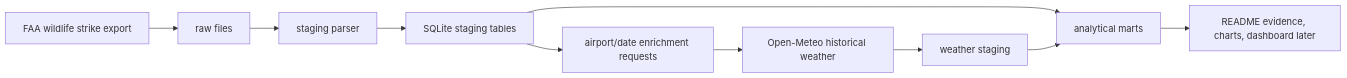
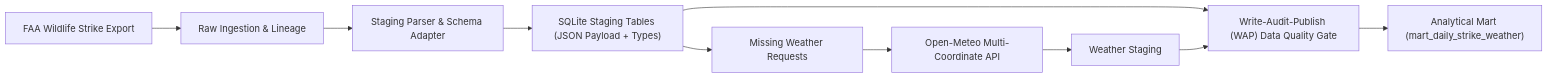
The diagram in docs/architecture.md (Asket-on/bird-strike-weather-pipeline), drawn with Mermaid before and after one commit. The commit also changed other lines of this file and 9 other files, not shown here.

Commit message:
docs: add posix bash quickstart, untrack portfolio notes, update architecture specs

````diff
--- a/docs/architecture.md
+++ b/docs/architecture.md
@@ -8,12 +5,12 @@
 ```mermaid
 flowchart LR
-    A["FAA wildlife strike export"] --> B["raw files"]
-    B --> C["staging parser"]
-    C --> D["SQLite staging tables"]
-    D --> E["airport/date enrichment requests"]
-    E --> F["Open-Meteo historical weather"]
-    F --> G["weather staging"]
-    D --> H["analytical marts"]
+    A["FAA Wildlife Strike Export"] --> B["Raw Ingestion & Lineage"]
+    B --> C["Staging Parser & Schema Adapter"]
+    C --> D["SQLite Staging Tables (JSON Payload + Types)"]
+    D --> E["Missing Weather Requests"]
+    E --> F["Open-Meteo Multi-Coordinate API"]
+    F --> G["Weather Staging"]
+    D --> H["Write-Audit-Publish (WAP) Data Quality Gate"]
     G --> H
-    H --> I["README evidence, charts, dashboard later"]
+    H --> I["Analytical Mart (mart_daily_strike_weather)"]
 ```
````
